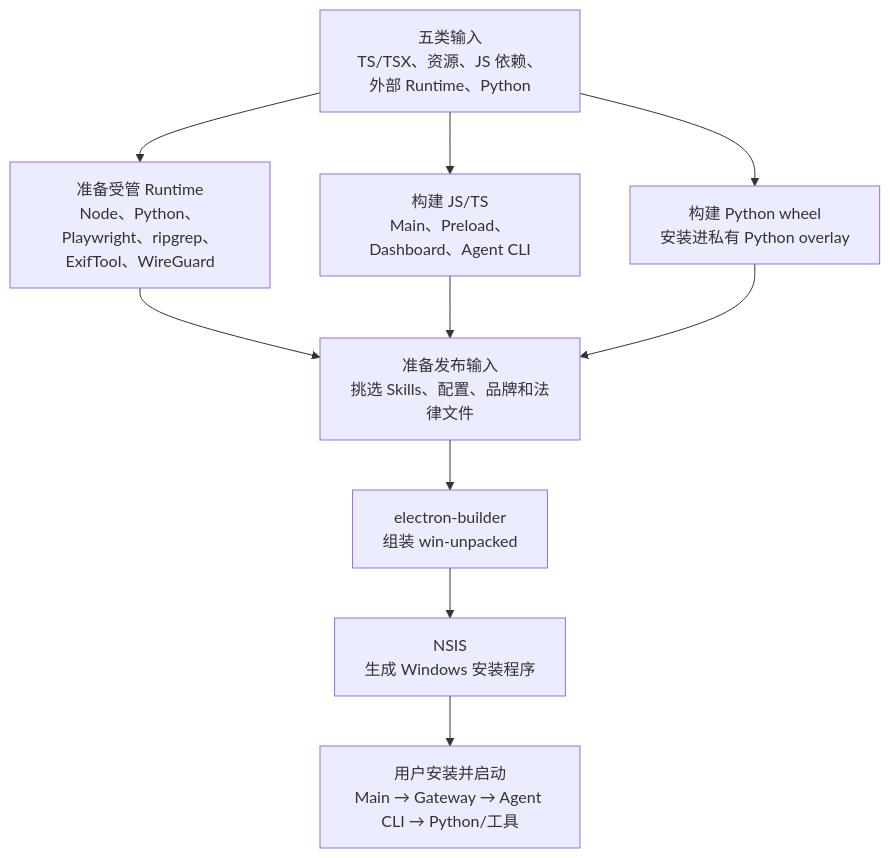
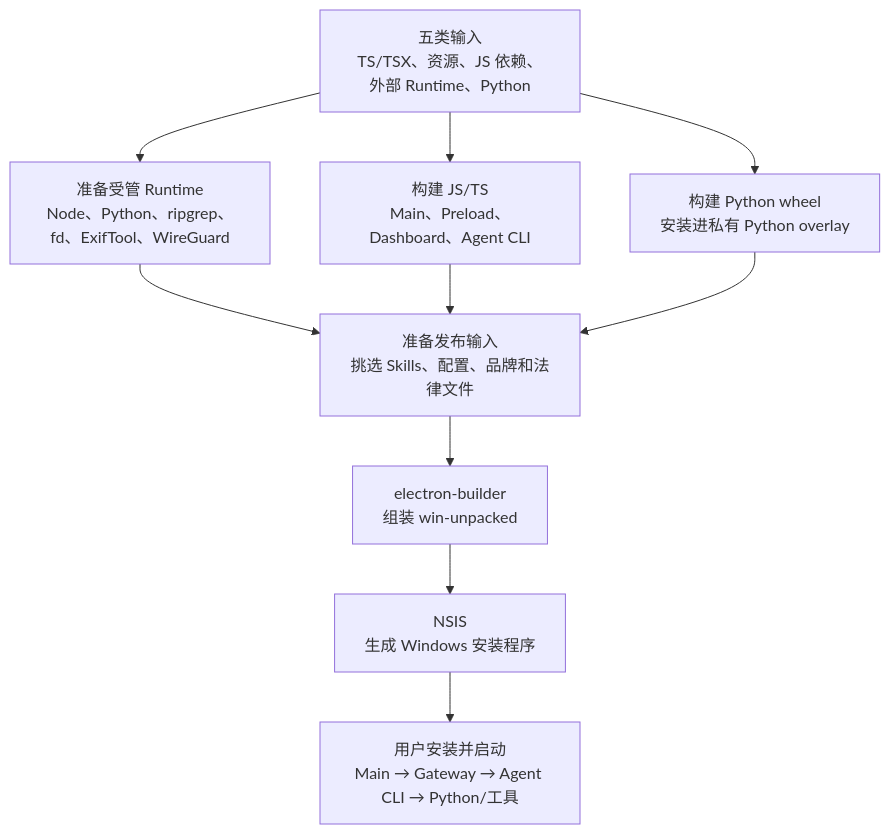
Before and after one commit to LXE123/LXE_AGENT: the first of 2 diagrams in docs/desktop/packaging-pipeline.md, drawn with Mermaid. The commit also changed other lines of this file and 100 other files, not shown here.

````diff
--- a/docs/desktop/packaging-pipeline.md
+++ b/docs/desktop/packaging-pipeline.md
@@ -135,21 +133,21 @@
 ```mermaid
 flowchart TD
     SOURCE["五类输入<br/>TS/TSX、资源、JS 依赖、外部 Runtime、Python"]
-    RUNTIME["准备受管 Runtime<br/>Node、Python、Playwright、ripgrep、ExifTool、WireGuard"]
+    RUNTIME["准备受管 Runtime<br/>Node、Python、ripgrep、fd、ExifTool、WireGuard"]
     JS["构建 JS/TS<br/>Main、Preload、Dashboard、Agent CLI"]
     PY["构建 Python wheel<br/>安装进私有 Python overlay"]
     INPUTS["准备发布输入<br/>挑选 Skills、配置、品牌和法律文件"]
     BUILDER["electron-builder<br/>组装 win-unpacked"]
     NSIS["NSIS<br/>生成 Windows 安装程序"]
     RUN["用户安装并启动<br/>Main → Gateway → Agent CLI → Python/工具"]
 
     SOURCE --> RUNTIME
     SOURCE --> JS
     SOURCE --> PY
     RUNTIME --> INPUTS
     JS --> INPUTS
     PY --> INPUTS
     INPUTS --> BUILDER
     BUILDER --> NSIS
     NSIS --> RUN
 ```
````
